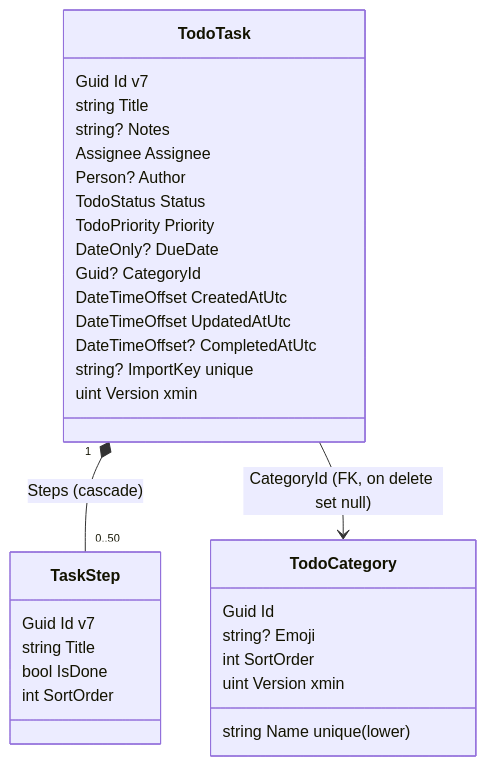
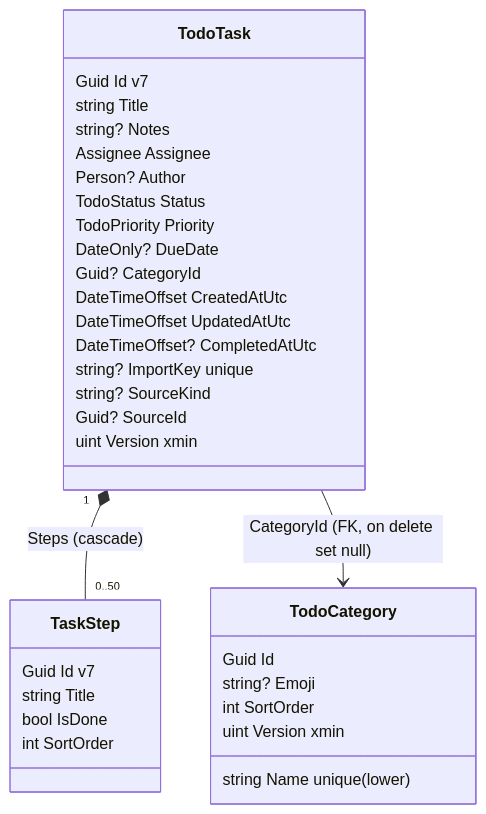
The diagram in api/docs/modules/todos.md (Weretik/home-app), drawn with Mermaid before and after one commit. The commit also changed other lines of this file and 242 other files, not shown here.

````diff
--- a/api/docs/modules/todos.md
+++ b/api/docs/modules/todos.md
@@ -12,34 +12,36 @@
 ```mermaid
 classDiagram
     class TodoTask {
         Guid Id  v7
         string Title
         string? Notes
         Assignee Assignee
         Person? Author
         TodoStatus Status
         TodoPriority Priority
         DateOnly? DueDate
         Guid? CategoryId
         DateTimeOffset CreatedAtUtc
         DateTimeOffset UpdatedAtUtc
         DateTimeOffset? CompletedAtUtc
         string? ImportKey  unique
+        string? SourceKind
+        Guid? SourceId
         uint Version  xmin
     }
     class TaskStep {
         Guid Id  v7
         string Title
         bool IsDone
         int SortOrder
     }
     class TodoCategory {
         Guid Id
         string Name  unique (lower)
         string? Emoji
         int SortOrder
         uint Version  xmin
     }
     TodoTask "1" *-- "0..50" TaskStep : Steps (cascade)
     TodoTask --> TodoCategory : CategoryId (FK, on delete set null)
 ```
````
